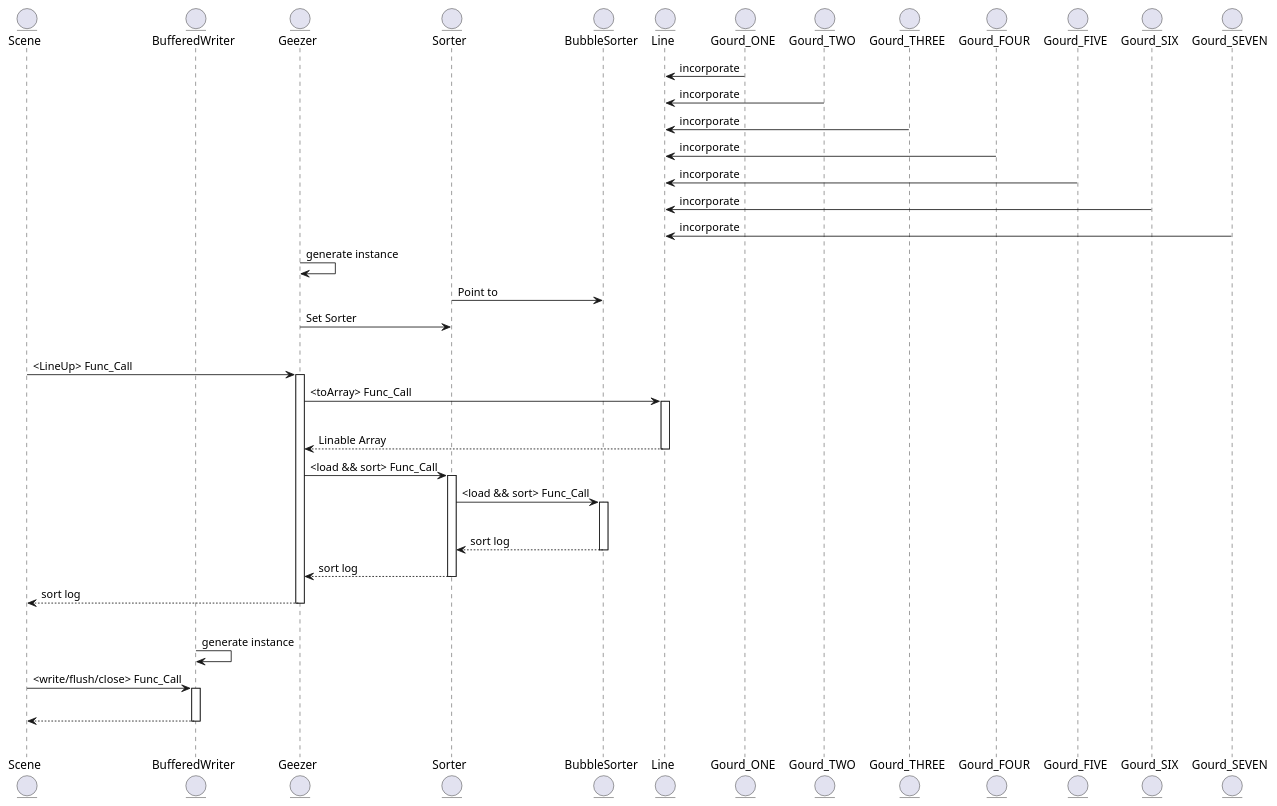
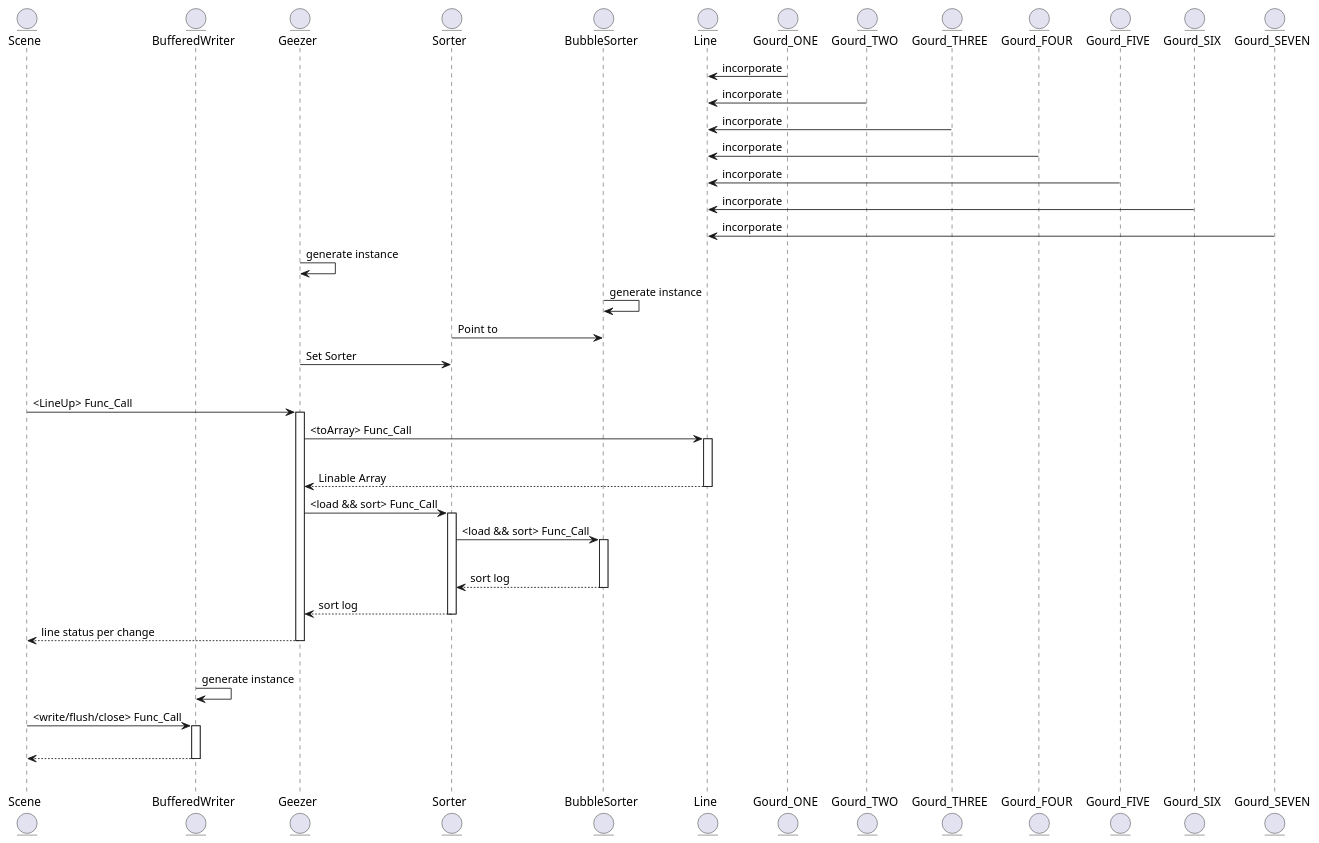
The diagram in S191220053/Task_one/TimeLine.pu (jwork-2021-attic/jw02-EnxIII), drawn with PlantUML before and after one commit. The commit also changed 1 other file, not shown here.

Commit message:
uml modification

```diff
--- a/S191220053/Task_one/TimeLine.pu
+++ b/S191220053/Task_one/TimeLine.pu
@@ -1,47 +1,48 @@
 @startuml
 
 entity Scene
 entity BufferedWriter
 entity Geezer
 entity Sorter
 entity BubbleSorter
 entity Line
 
 entity Gourd_ONE
 entity Gourd_TWO
 entity Gourd_THREE
 entity Gourd_FOUR
 entity Gourd_FIVE
 entity Gourd_SIX
 entity Gourd_SEVEN
 
 Gourd_ONE -> Line : incorporate
 Gourd_TWO -> Line : incorporate
 Gourd_THREE -> Line : incorporate
 Gourd_FOUR -> Line : incorporate
 Gourd_FIVE -> Line : incorporate
 Gourd_SIX -> Line : incorporate
 Gourd_SEVEN -> Line : incorporate
 
 Geezer -> Geezer : generate instance
+BubbleSorter -> BubbleSorter : generate instance
 Sorter -> BubbleSorter : Point to
 Sorter <- Geezer : Set Sorter 
 |||
 Scene -> Geezer ++: <LineUp> Func_Call
 Geezer -> Line ++ : <toArray> Func_Call
 |||
 return Linable Array
 Geezer -> Sorter ++ : <load && sort> Func_Call
 Sorter -> BubbleSorter ++ : <load && sort> Func_Call
 |||
 return sort log
 return sort log
-return sort log 
+return line status per change
 |||
 BufferedWriter -> BufferedWriter : generate instance
 Scene -> BufferedWriter ++ : <write/flush/close> Func_Call
 |||
 return
 |||
 
 @enduml
```
